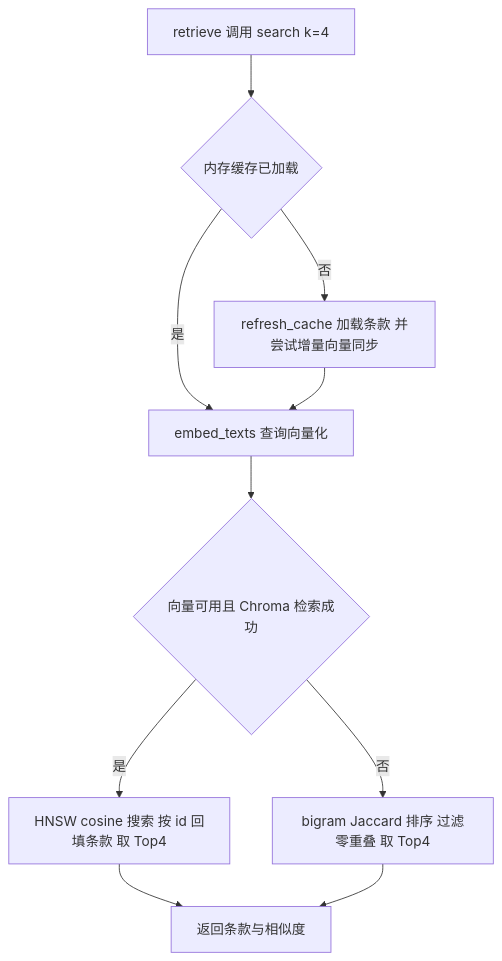
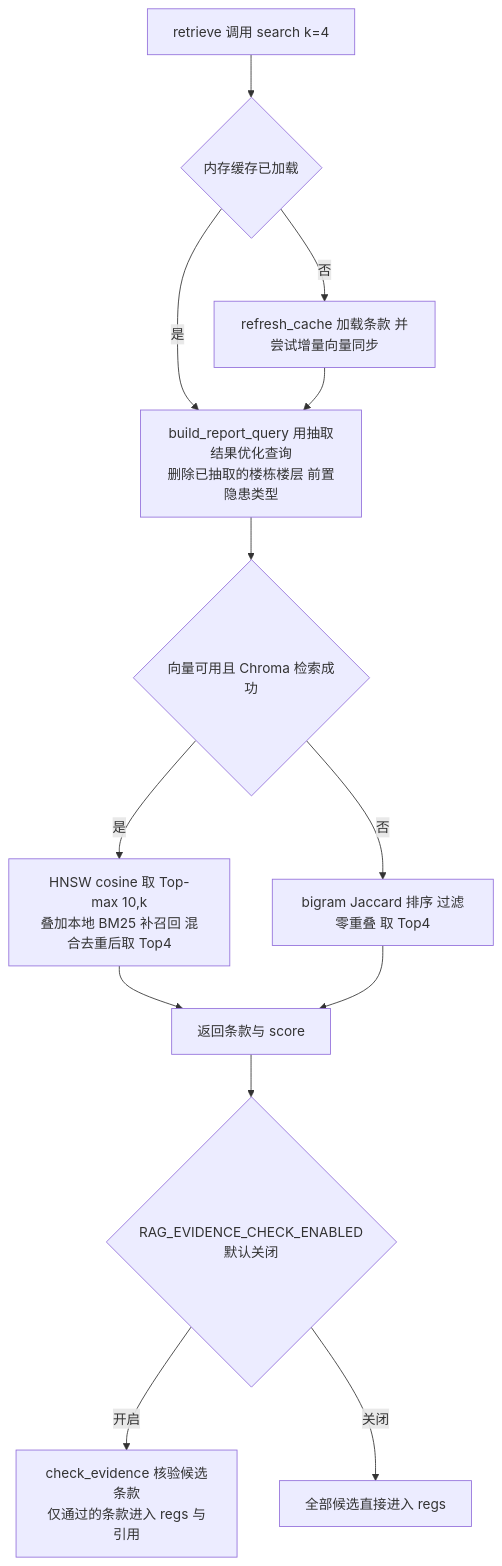
The fourth of 8 diagrams in docs/隐患上报Agent主链路说明.md (pandaadsas/zhuan-cloud), drawn with Mermaid before and after one commit. The commit also changed other lines of this file and 4 other files, not shown here.

First line of the commit message:
docs: 同步依据核验、意图路由与混合检索的文档描述

````diff
--- a/docs/隐患上报Agent主链路说明.md
+++ b/docs/隐患上报Agent主链路说明.md
@@ -99,12 +99,15 @@
 ```mermaid
 flowchart TD
     A[retrieve 调用 search k=4] --> B{内存缓存已加载}
     B -->|否| C[refresh_cache 加载条款 并尝试增量向量同步]
-    B -->|是| D[embed_texts 查询向量化]
+    B -->|是| D[build_report_query 用抽取结果优化查询<br/>删除已抽取的楼栋楼层 前置隐患类型]
     C --> D
     D --> E{向量可用且 Chroma 检索成功}
-    E -->|是| F[HNSW cosine 搜索 按 id 回填条款 取 Top4]
+    E -->|是| F[HNSW cosine 取 Top-max 10,k<br/>叠加本地 BM25 补召回 混合去重后取 Top4]
     E -->|否| G[bigram Jaccard 排序 过滤零重叠 取 Top4]
-    F --> H[返回条款与相似度]
+    F --> H[返回条款与 score]
     G --> H
+    H --> I{RAG_EVIDENCE_CHECK_ENABLED<br/>默认关闭}
+    I -->|开启| J[check_evidence 核验候选条款<br/>仅通过的条款进入 regs 与引用]
+    I -->|关闭| K[全部候选直接进入 regs]
 ```
````
